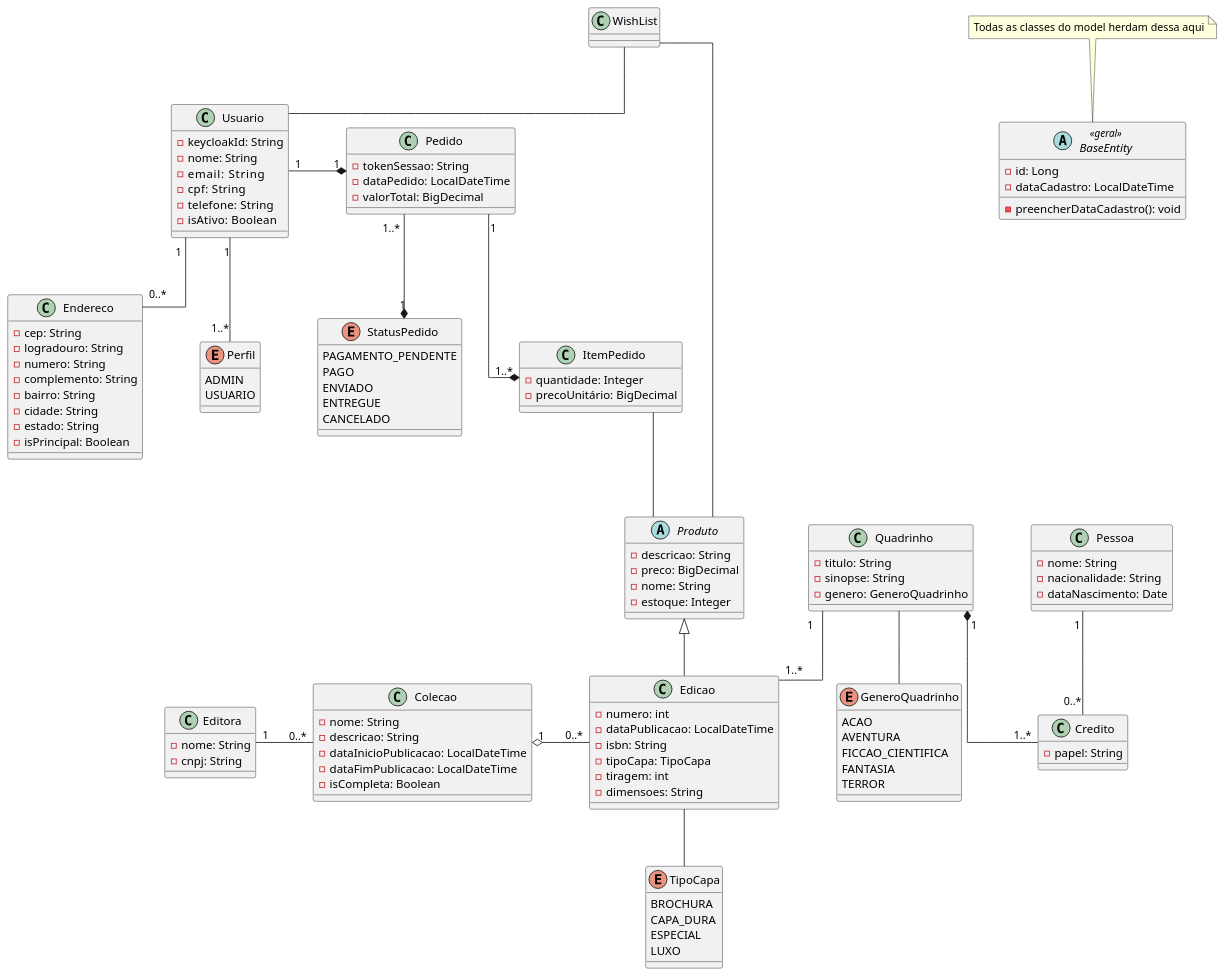
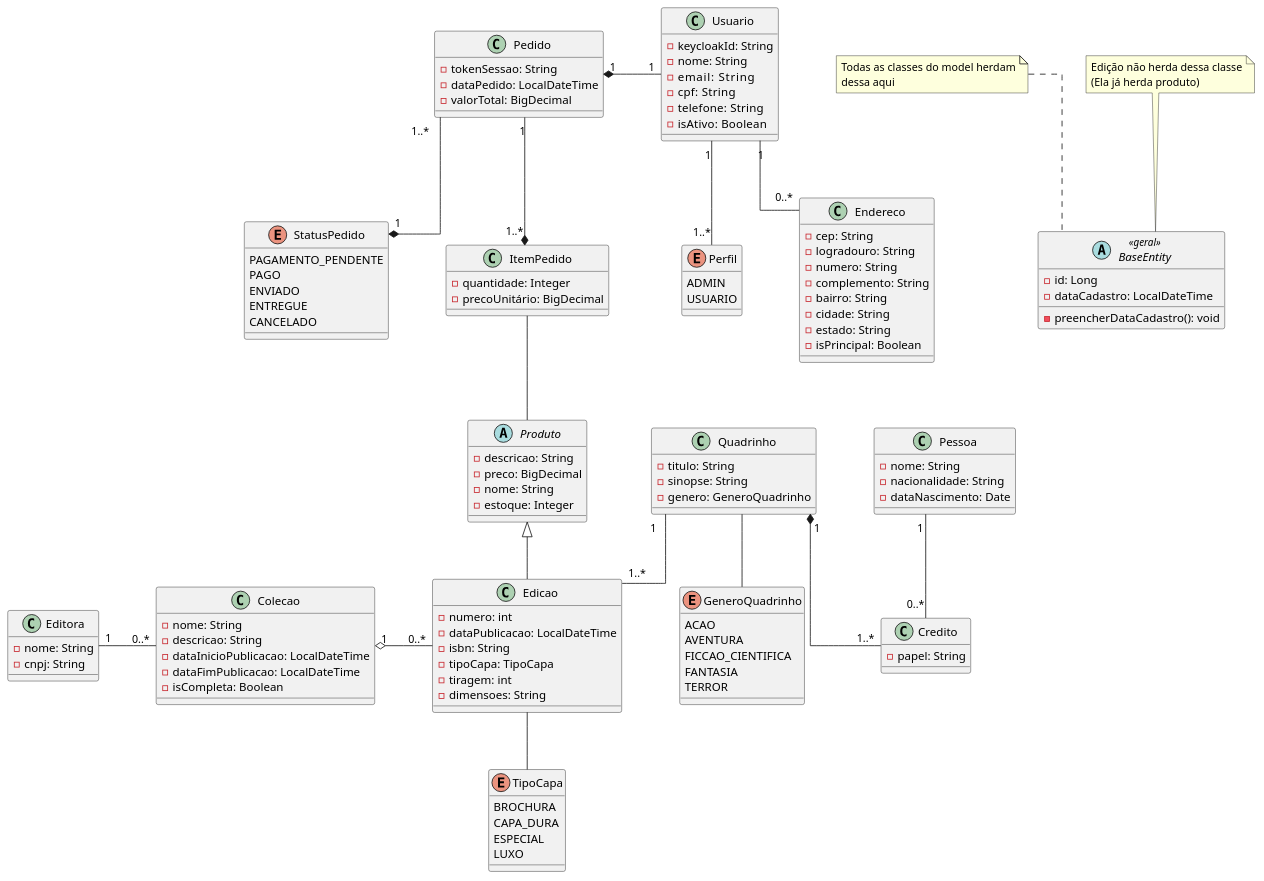
Before and after one commit to leonardo-Trex/kuasys: the diagram in classDiagram.plantuml, drawn with PlantUML.

Commit message:
UML: Melhorias no diagrama

```diff
--- a/classDiagram.plantuml
+++ b/classDiagram.plantuml
@@ -1,169 +1,173 @@
 @startuml e-commerce
 
 skinparam nodesep 70
 skinparam ranksep 70
 skinparam linetype ortho
 
 ' =====================
 ' ENUMS
 ' =====================
 
 enum GeneroQuadrinho {
   ACAO
   AVENTURA
   FICCAO_CIENTIFICA
   FANTASIA
   TERROR
 }
 
 enum TipoCapa {
   BROCHURA
   CAPA_DURA
   ESPECIAL
   LUXO
 }
 
 enum StatusPedido {
     PAGAMENTO_PENDENTE
     PAGO
     ENVIADO
     ENTREGUE
     CANCELADO
 }
 
 enum Perfil {
     ADMIN
     USUARIO
 }
 
 ' =====================
 ' CLASSES
 ' =====================
 
 abstract class BaseEntity << geral >>{
     - id: Long
     - dataCadastro: LocalDateTime
     - preencherDataCadastro(): void
 }
 
 abstract class Produto {
   - descricao: String
   - preco: BigDecimal
   - nome: String
   - estoque: Integer
 }
 
 
 
 class Usuario {
     - keycloakId: String
     - nome: String
     - email:    String
     - cpf:  String
     - telefone:  String
     - isAtivo:  Boolean
 }
 
-class WishList {
-
-}
+'class WishList {
+'
+'}
 
 class Pedido {
     - tokenSessao: String
     - dataPedido: LocalDateTime
     - valorTotal: BigDecimal
 }
 
 class ItemPedido {
     - quantidade: Integer
     - precoUnitário: BigDecimal
 }
 
 class Endereco {
     - cep: String
     - logradouro: String
     - numero: String
     - complemento: String
     - bairro: String
     - cidade: String
     - estado: String
     - isPrincipal: Boolean
 }
 
 class Edicao {
   - numero: int
   - dataPublicacao: LocalDateTime
   - isbn: String
   - tipoCapa: TipoCapa
   - tiragem: int
   - dimensoes: String
 }
 
 class Quadrinho {
   - titulo: String
   - sinopse: String
   - genero: GeneroQuadrinho
 }
 
 class Colecao {
   - nome: String
   - descricao: String
   - dataInicioPublicacao: LocalDateTime
   - dataFimPublicacao: LocalDateTime
 '  Esse cara aqui pode ser calculado, se dataFimPublicação == null
   - isCompleta: Boolean
 }
 
 class Editora {
   - nome: String
   - cnpj: String
 }
 
 class Pessoa {
   - nome: String
   - nacionalidade: String
   - dataNascimento: Date
 }
 
 class Credito {
   - papel: String
 }
 
 ' =====================
 ' RELACIONAMENTOS
 ' =====================
 
 Produto <|-- Edicao
 
 Quadrinho "1" -down- "1..*" Edicao
 Quadrinho "1" *-- "1..*" Credito
 Pessoa "1" -- "0..*" Credito
 
 Editora "1" -right- "0..*" Colecao
 
 Colecao "1" o-right- "0..*" Edicao
 
 Pedido "1" --* "1..*" ItemPedido
 
 Pedido "1..*" --* "1" StatusPedido
 Pedido "1" *-right- "1" Usuario
 
 Usuario "1" -- "0..*" Endereco
 Usuario "1" -- "1..*" Perfil
 
 Edicao -- TipoCapa
 Quadrinho -- GeneroQuadrinho
 
 ItemPedido -- Produto
-WishList -- Usuario
-WishList -- Produto
+
+' WishList -- Usuario
+' WishList -- Produto
 
 ' ======================
 '         NOTAS
 ' ======================
 
-note "Todas as classes do model herdam dessa aqui" as N1
+note "Todas as classes do model herdam\ndessa aqui" as N1
+note "Edição não herda dessa classe\n(Ela já herda produto)" as N2
 
 N1 .. BaseEntity
+N2 .. BaseEntity
+
 
 @enduml
```
